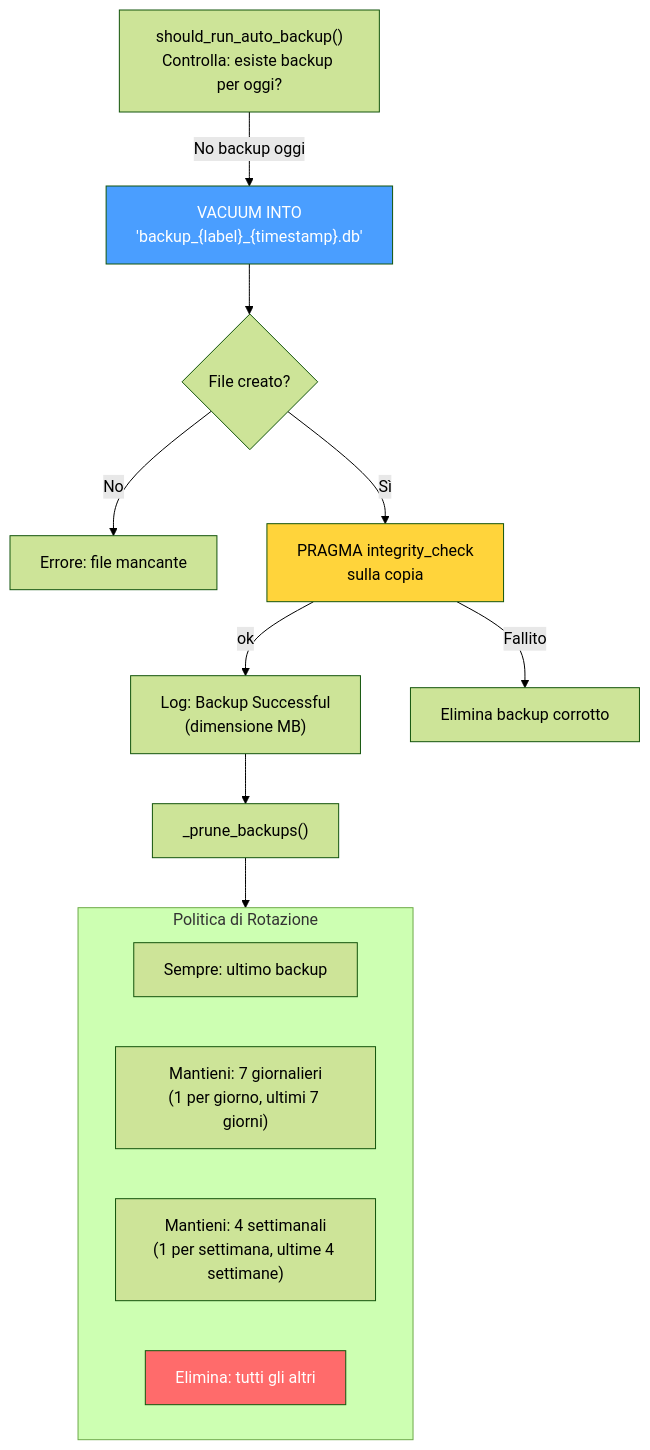
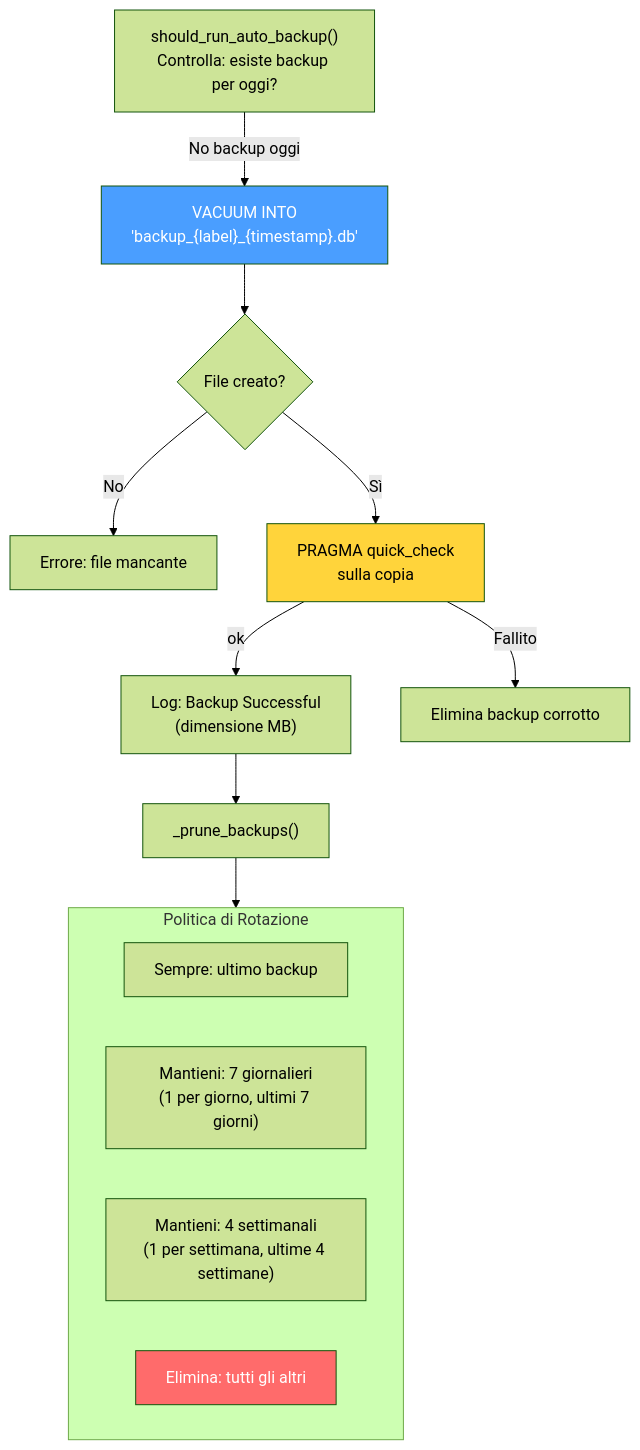
One commit to renanaugustomacena-ux/Counter-Strike-coach-AI changed diagram 36 of 44 in docs/Book-Coach-2.md. Above: the diagram before and after it, drawn with Mermaid (forest theme). The commit also changed other lines of this file and 1 other file, not shown here.

````diff
--- a/docs/Book-Coach-2.md
+++ b/docs/Book-Coach-2.md
@@ -1797,22 +1809,22 @@
 ```mermaid
 flowchart TB
     TRIGGER["should_run_auto_backup()<br/>Controlla: esiste backup per oggi?"]
     TRIGGER -->|"No backup oggi"| VACUUM["VACUUM INTO<br/>'backup_{label}_{timestamp}.db'"]
     VACUUM --> EXISTS{"File creato?"}
     EXISTS -->|"No"| FAIL["Errore: file mancante"]
-    EXISTS -->|"Sì"| INTEG["PRAGMA integrity_check<br/>sulla copia"]
+    EXISTS -->|"Sì"| INTEG["PRAGMA quick_check<br/>sulla copia"]
     INTEG -->|"ok"| LOG["Log: Backup Successful<br/>(dimensione MB)"]
     INTEG -->|"Fallito"| DEL["Elimina backup corrotto"]
     LOG --> PRUNE["_prune_backups()"]
     subgraph RETENTION["Politica di Rotazione"]
         KEEP1["Sempre: ultimo backup"]
         KEEP2["Mantieni: 7 giornalieri<br/>(1 per giorno, ultimi 7 giorni)"]
         KEEP3["Mantieni: 4 settimanali<br/>(1 per settimana, ultime 4 settimane)"]
         PRUNE_OLD["Elimina: tutti gli altri"]
     end
     PRUNE --> RETENTION
 
     style VACUUM fill:#4a9eff,color:#fff
     style INTEG fill:#ffd43b,color:#000
     style PRUNE_OLD fill:#ff6b6b,color:#fff
 ```
````
